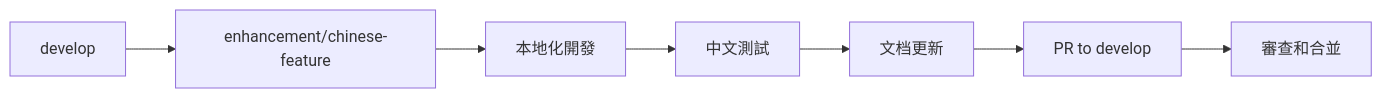
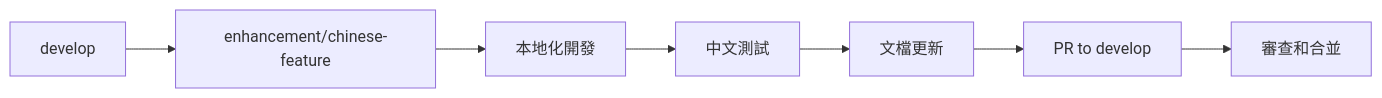
One commit to aiinpocket/TradingAgents-CN changed the second of 3 diagrams in docs/development/branch-strategy.md. Above: the diagram before and after it, drawn with Mermaid. The commit also changed other lines of this file and 439 other files, not shown here.

````diff
--- a/docs/development/branch-strategy.md
+++ b/docs/development/branch-strategy.md
@@ -80,9 +80,9 @@
 ```mermaid
 graph LR
     A[develop] --> B[enhancement/chinese-feature]
     B --> C[本地化開發]
     C --> D[中文測試]
-    D --> E[文档更新]
+    D --> E[文檔更新]
     E --> F[PR to develop]
     F --> G[審查和合並]
 ```
````
